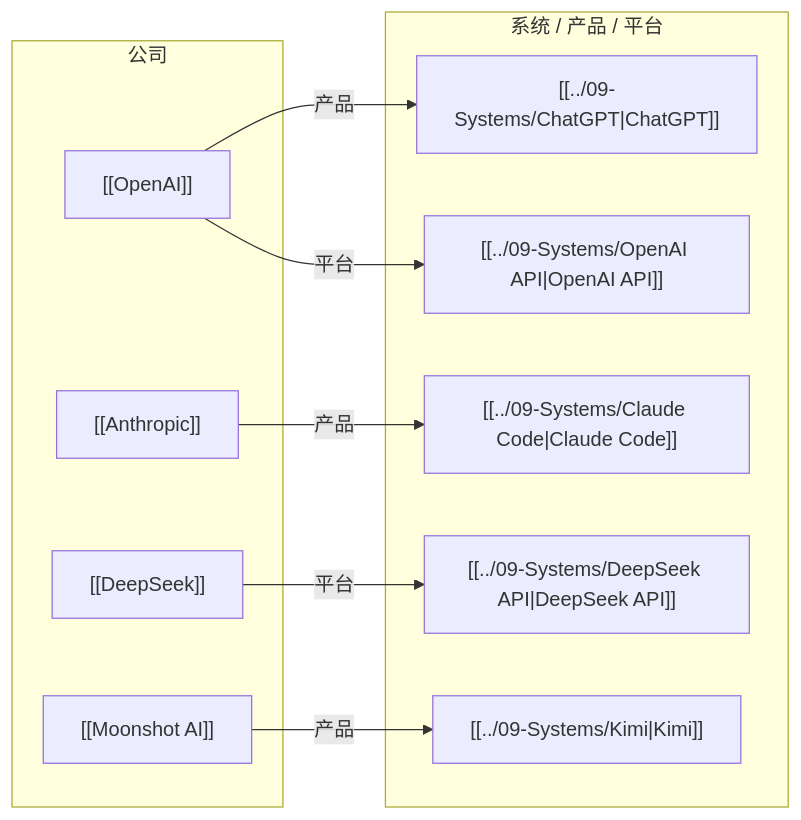
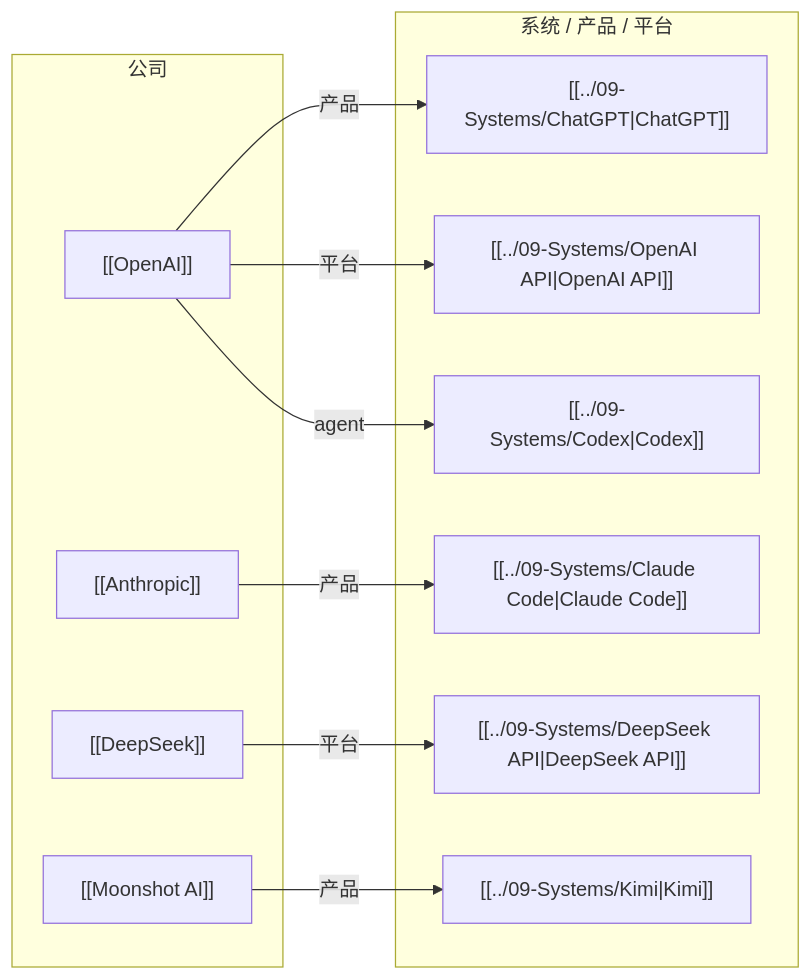
Before and after one commit to superliyang/tony-2026: the diagram in 01-Areas/AI-Learning/07-Maps/AI Company-Systems Map.md, drawn with Mermaid. The commit also changed 12 other files, not shown here.

Commit message:
Add AI coding agent systems comparison

````diff
--- a/01-Areas/AI-Learning/07-Maps/AI Company-Systems Map.md
+++ b/01-Areas/AI-Learning/07-Maps/AI Company-Systems Map.md
@@ -15,23 +15,25 @@
 ```mermaid
 graph LR
     subgraph companies["公司"]
         openai["[[OpenAI]]"]
         anthropic["[[Anthropic]]"]
         deepseek["[[DeepSeek]]"]
         moonshot["[[Moonshot AI]]"]
     end
 
     subgraph systems["系统 / 产品 / 平台"]
         chatgpt["[[../09-Systems/ChatGPT|ChatGPT]]"]
         openaiapi["[[../09-Systems/OpenAI API|OpenAI API]]"]
+        codex["[[../09-Systems/Codex|Codex]]"]
         claudecode["[[../09-Systems/Claude Code|Claude Code]]"]
         dsapi["[[../09-Systems/DeepSeek API|DeepSeek API]]"]
         kimi["[[../09-Systems/Kimi|Kimi]]"]
     end
 
     openai -->|产品| chatgpt
     openai -->|平台| openaiapi
+    openai -->|agent| codex
     anthropic -->|产品| claudecode
     deepseek -->|平台| dsapi
     moonshot -->|产品| kimi
 ```
````
